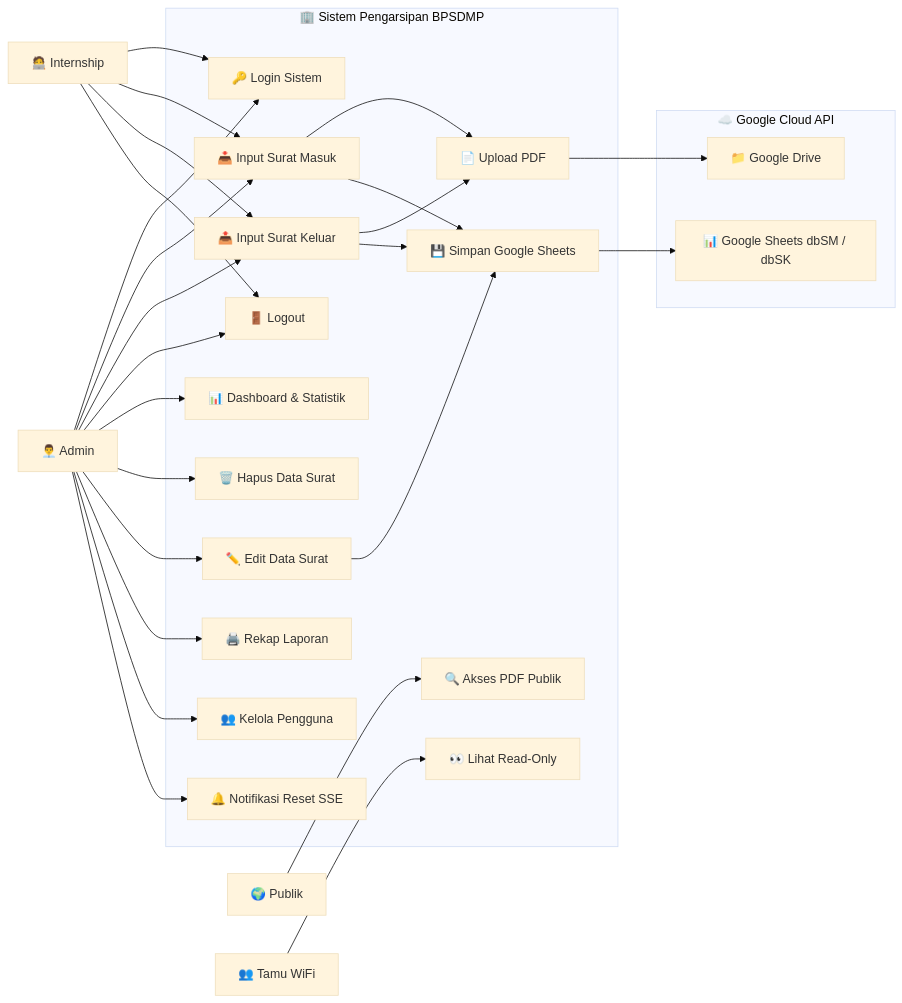
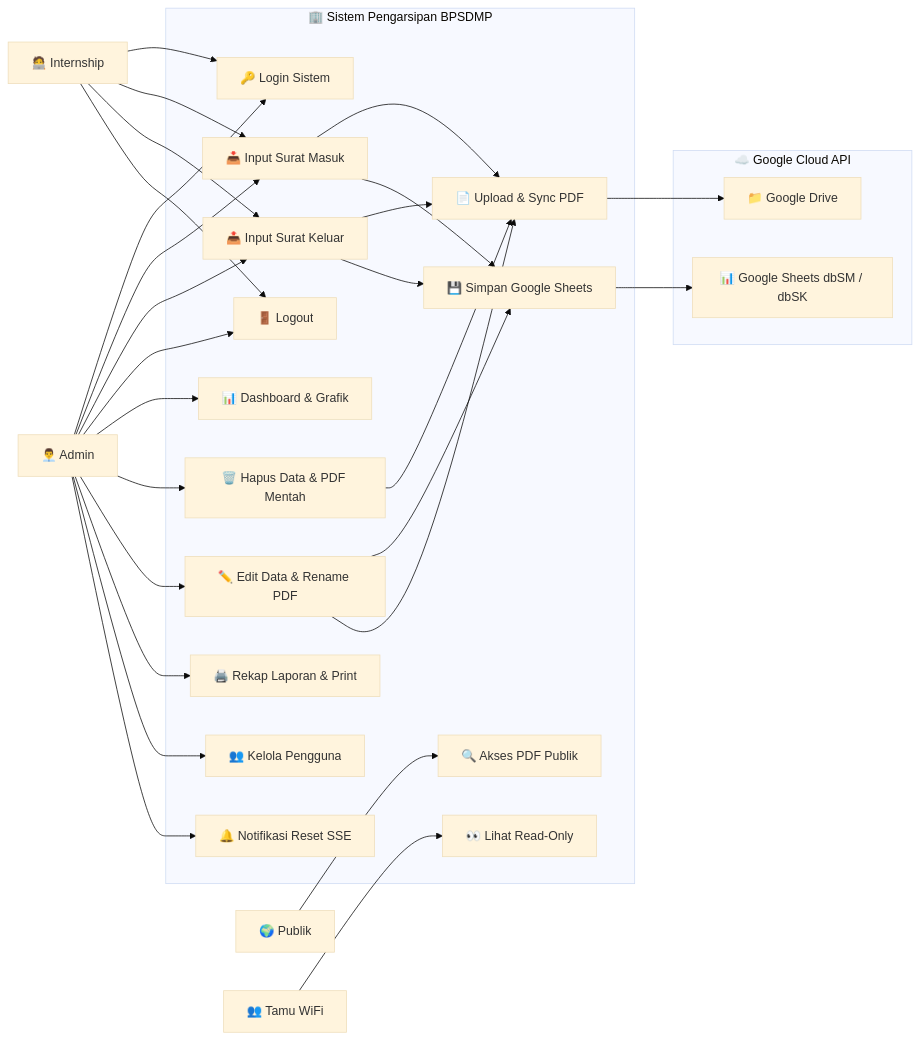
Before and after one commit to Rpl087/PROJECT-MAGANG: the first of 3 diagrams in README.md, drawn with Mermaid (base theme). The commit also changed other lines of this file, not shown here.

````diff
--- a/README.md
+++ b/README.md
@@ -128,56 +131,58 @@
 ```mermaid
 flowchart LR
     Admin["👨‍💼 Admin"]
     Internship["🧑‍💻 Internship"]
     Public["🌍 Publik"]
     Tamu["👥 Tamu WiFi"]
 
     subgraph System ["🏢 Sistem Pengarsipan BPSDMP"]
         UC1["🔑 Login Sistem"]
         UC2["📥 Input Surat Masuk"]
         UC3["📤 Input Surat Keluar"]
-        UC4["📄 Upload PDF"]
+        UC4["📄 Upload & Sync PDF"]
         UC5["💾 Simpan Google Sheets"]
         UC6["🚪 Logout"]
-        UC7["📊 Dashboard & Statistik"]
+        UC7["📊 Dashboard & Grafik"]
         UC8["🔍 Akses PDF Publik"]
-        UC9["🗑️ Hapus Data Surat"]
+        UC9["🗑️ Hapus Data & PDF Mentah"]
         UC10["👀 Lihat Read-Only"]
-        UC11["✏️ Edit Data Surat"]
-        UC12["🖨️ Rekap Laporan"]
+        UC11["✏️ Edit Data & Rename PDF"]
+        UC12["🖨️ Rekap Laporan & Print"]
         UC13["👥 Kelola Pengguna"]
         UC14["🔔 Notifikasi Reset SSE"]
     end
 
     subgraph Cloud ["☁️ Google Cloud API"]
         GS["📊 Google Sheets dbSM / dbSK"]
         GD["📁 Google Drive"]
     end
 
     Admin --> UC1
     Admin --> UC2
     Admin --> UC3
     Admin --> UC6
     Admin --> UC7
     Admin --> UC9
     Admin --> UC11
     Admin --> UC12
     Admin --> UC13
     Admin --> UC14
 
     Internship --> UC1
     Internship --> UC2
     Internship --> UC3
     Internship --> UC6
 
     Public --> UC8
     Tamu --> UC10
 
     UC2 --> UC4
     UC3 --> UC4
     UC2 --> UC5
     UC3 --> UC5
     UC11 --> UC5
+    UC11 --> UC4
+    UC9 --> UC4
     UC5 --> GS
     UC4 --> GD
 ```
````
